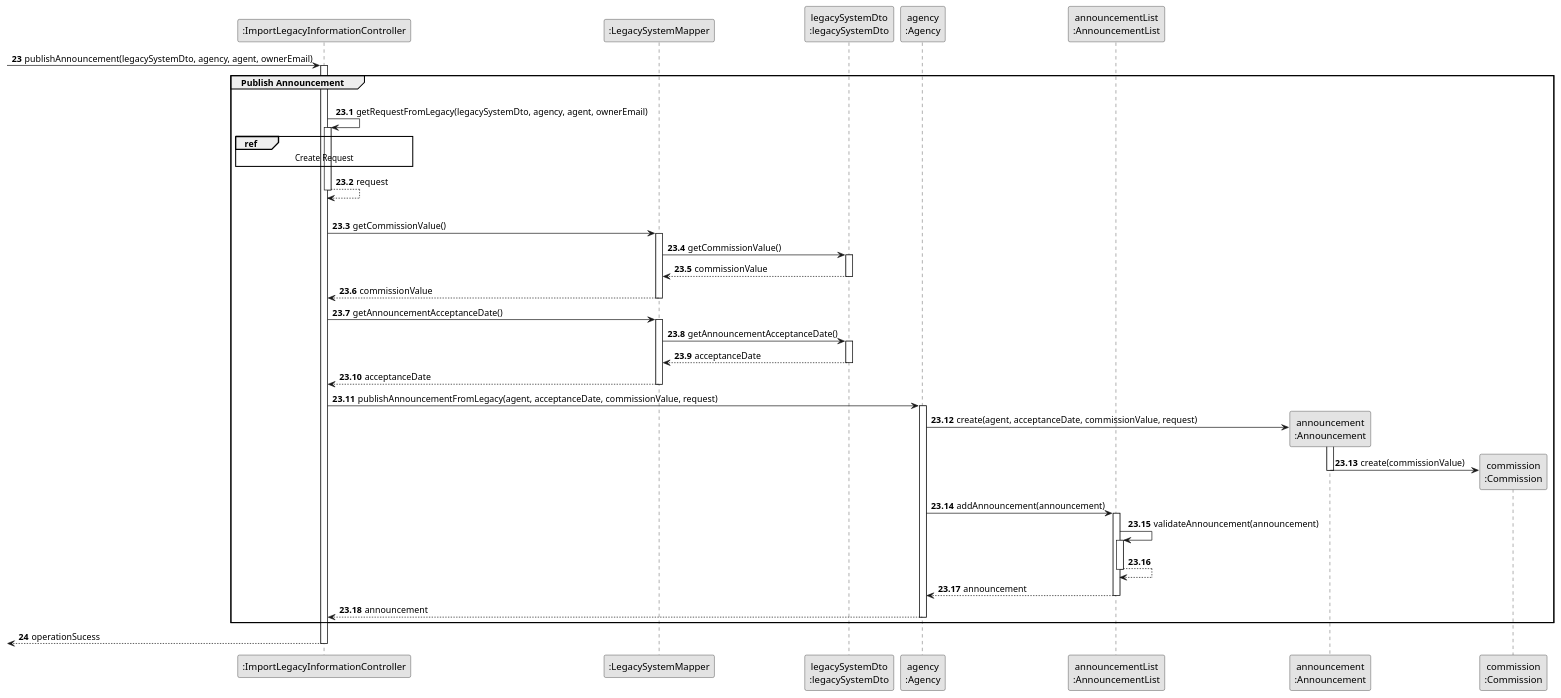
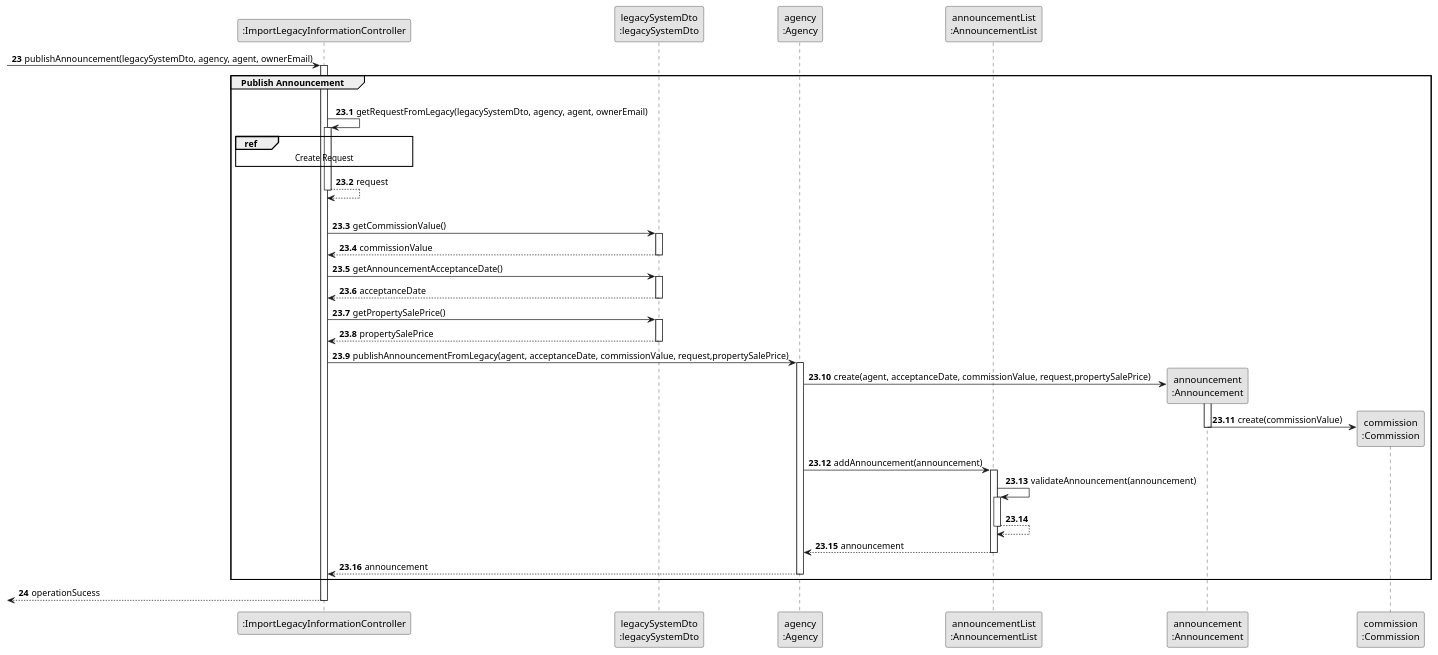
The diagram in docs/sprintD/us012/03.design/puml/us012-sequence-diagram-partial-publish-announcement.puml (rita-barbosa/LAPR2-2223), drawn with PlantUML before and after one commit.

Commit message:
Update sequence diagram [US012][Design]

```diff
--- a/docs/sprintD/us012/03.design/puml/us012-sequence-diagram-partial-publish-announcement.puml
+++ b/docs/sprintD/us012/03.design/puml/us012-sequence-diagram-partial-publish-announcement.puml
@@ -1,89 +1,83 @@
 @startuml
 skinparam monochrome true
 skinparam packageStyle rectangle
 skinparam shANNOUNCEowing false\
 
 participant ":ImportLegacyInformationController" as CTRL
-participant ":LegacySystemMapper" as MAPPER
 participant "legacySystemDto\n:legacySystemDto" as DTO
 participant "agency\n:Agency" as AGENCY
 participant "announcementList\n:AnnouncementList" as LIST
 participant "announcement\n:Announcement" as ANNOUNCE
 participant "commission\n:Commission" as COMMISSION
 
 
     autonumber 23
 
      -> CTRL : publishAnnouncement(legacySystemDto, agency, agent, ownerEmail)
     activate CTRL
 
     autonumber 23.1
 
     group Publish Announcement
 
     |||
     CTRL -> CTRL : getRequestFromLegacy(legacySystemDto, agency, agent, ownerEmail)
     activate CTRL
 
     ref over CTRL
         Create Request
     end ref
 
         CTRL --> CTRL : request
     deactivate CTRL
 |||
-    CTRL -> MAPPER : getCommissionValue()
-    activate MAPPER
+    CTRL -> DTO : getCommissionValue()
+    activate DTO
 
-        MAPPER -> DTO : getCommissionValue()
-        activate DTO
+    DTO --> CTRL : commissionValue
+    deactivate DTO
 
-            DTO --> MAPPER : commissionValue
-        deactivate DTO
 
-        MAPPER --> CTRL : commissionValue
-    deactivate MAPPER
+    CTRL -> DTO : getAnnouncementAcceptanceDate()
+    activate DTO
 
-    CTRL -> MAPPER : getAnnouncementAcceptanceDate()
-    activate MAPPER
+        DTO --> CTRL : acceptanceDate
+    deactivate DTO
 
-        MAPPER -> DTO : getAnnouncementAcceptanceDate()
-        activate DTO
+ CTRL -> DTO : getPropertySalePrice()
+    activate DTO
 
-            DTO --> MAPPER : acceptanceDate
-        deactivate DTO
+        DTO --> CTRL : propertySalePrice
+    deactivate DTO
 
-        MAPPER --> CTRL : acceptanceDate
-    deactivate MAPPER
-
-    CTRL -> AGENCY : publishAnnouncementFromLegacy(agent, acceptanceDate, commissionValue, request)
+    CTRL -> AGENCY : publishAnnouncementFromLegacy(agent, acceptanceDate, commissionValue, request,propertySalePrice)
     activate AGENCY
 
-        AGENCY -> ANNOUNCE**: create(agent, acceptanceDate, commissionValue, request)
+        AGENCY -> ANNOUNCE**: create(agent, acceptanceDate, commissionValue, request,propertySalePrice)
         activate ANNOUNCE
 
         ANNOUNCE -> COMMISSION** : create(commissionValue)
      deactivate ANNOUNCE
 
     AGENCY -> LIST: addAnnouncement(announcement)
     activate LIST
 
         LIST -> LIST: validateAnnouncement(announcement)
         activate LIST
             LIST --> LIST
         deactivate LIST
 
         LIST --> AGENCY : announcement
     deactivate LIST
 
         AGENCY --> CTRL : announcement
     deactivate  AGENCY
 
     end group
 
 autonumber 24
 
     <-- CTRL : operationSucess
     deactivate CTRL
 
 @enduml
```
